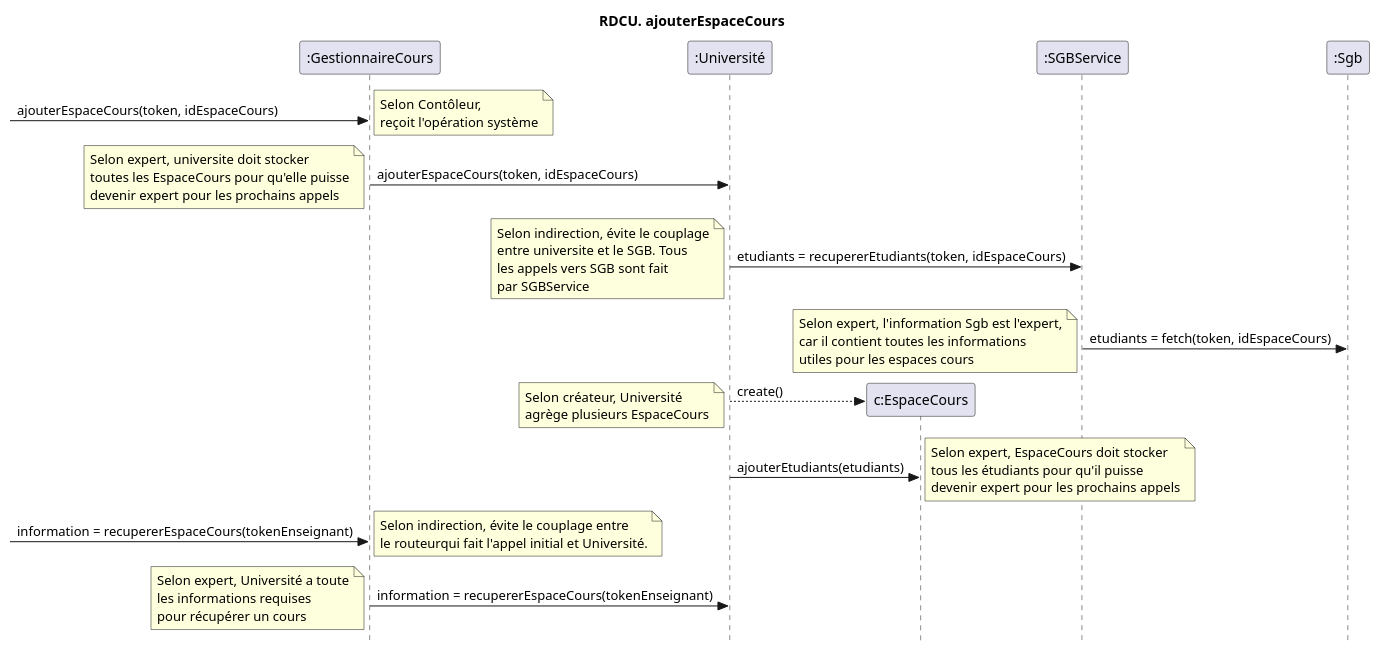
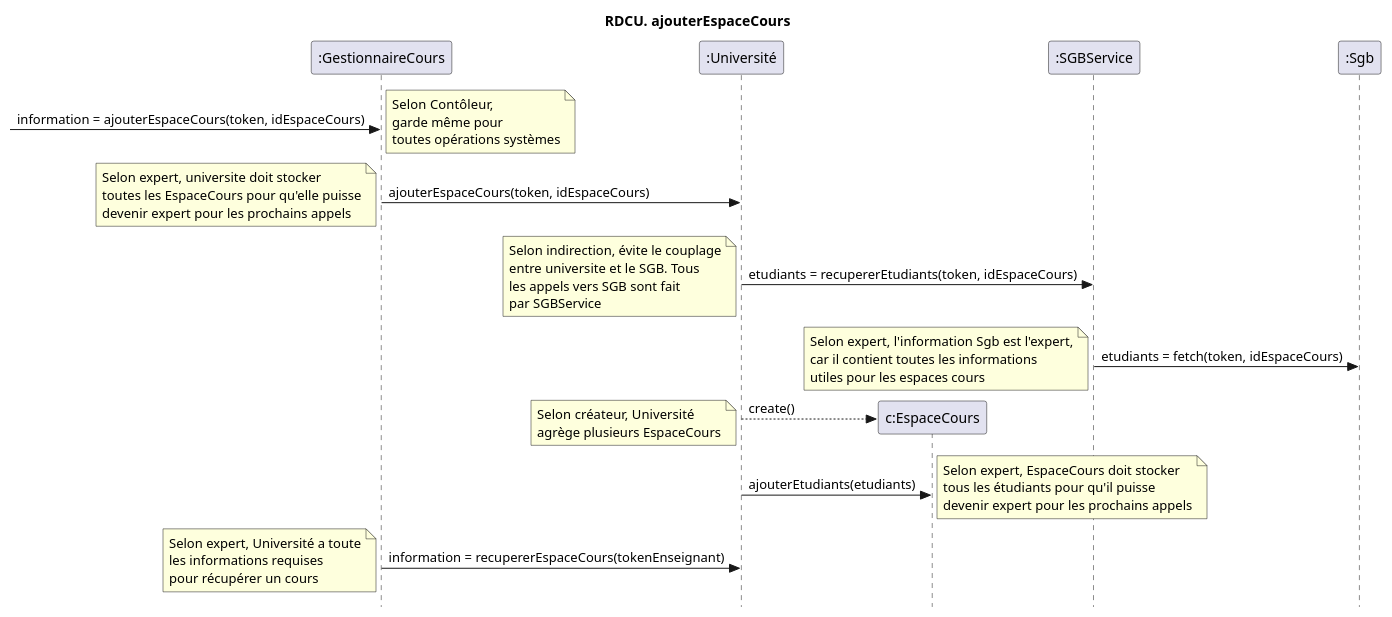
Before and after one commit to nerdz88/SGA-TS: the diagram in docs/Ajouter cours/RDCU_ajouterCours.puml, drawn with PlantUML. The commit also changed 18 other files, not shown here.

```diff
--- a/docs/Ajouter cours/RDCU_ajouterCours.puml
+++ b/docs/Ajouter cours/RDCU_ajouterCours.puml
@@ -1,27 +1,25 @@
 @startuml creerNouveauCours
 skinparam style strictuml
 skinparam defaultfontname Verdana
 title RDCU. ajouterEspaceCours
 participant ":GestionnaireCours" as controlleur
 participant ":Université" as sga
 participant "c:EspaceCours" as cours
 participant ":SGBService" as service
 participant ":Sgb" as sgb
 
--> controlleur : ajouterEspaceCours(token, idEspaceCours)
-note right : Selon Contôleur,\nreçoit l'opération système
+-> controlleur : information = ajouterEspaceCours(token, idEspaceCours)
+note right : Selon Contôleur,\ngarde même pour\ntoutes opérations systèmes
   controlleur->sga : ajouterEspaceCours(token, idEspaceCours)
   note left : Selon expert, universite doit stocker\ntoutes les EspaceCours pour qu'elle puisse\ndevenir expert pour les prochains appels
   sga ->  service : etudiants = recupererEtudiants(token, idEspaceCours)
   note left : Selon indirection, évite le couplage\nentre universite et le SGB. Tous\nles appels vers SGB sont fait\npar SGBService
   service -> sgb : etudiants = fetch(token, idEspaceCours)
   note left : Selon expert, l'information Sgb est l'expert,\ncar il contient toutes les informations\nutiles pour les espaces cours
   sga-->cours** : create()
   note left : Selon créateur, Université\nagrège plusieurs EspaceCours
   sga -> cours : ajouterEtudiants(etudiants)
   note right : Selon expert, EspaceCours doit stocker\ntous les étudiants pour qu'il puisse\ndevenir expert pour les prochains appels
-  -> controlleur : information = recupererEspaceCours(tokenEnseignant)
-  note right : Selon indirection, évite le couplage entre\nle routeurqui fait l'appel initial et Université.
   controlleur -> sga : information = recupererEspaceCours(tokenEnseignant)
   note left : Selon expert, Université a toute\nles informations requises\npour récupérer un cours
   @enduml
```
